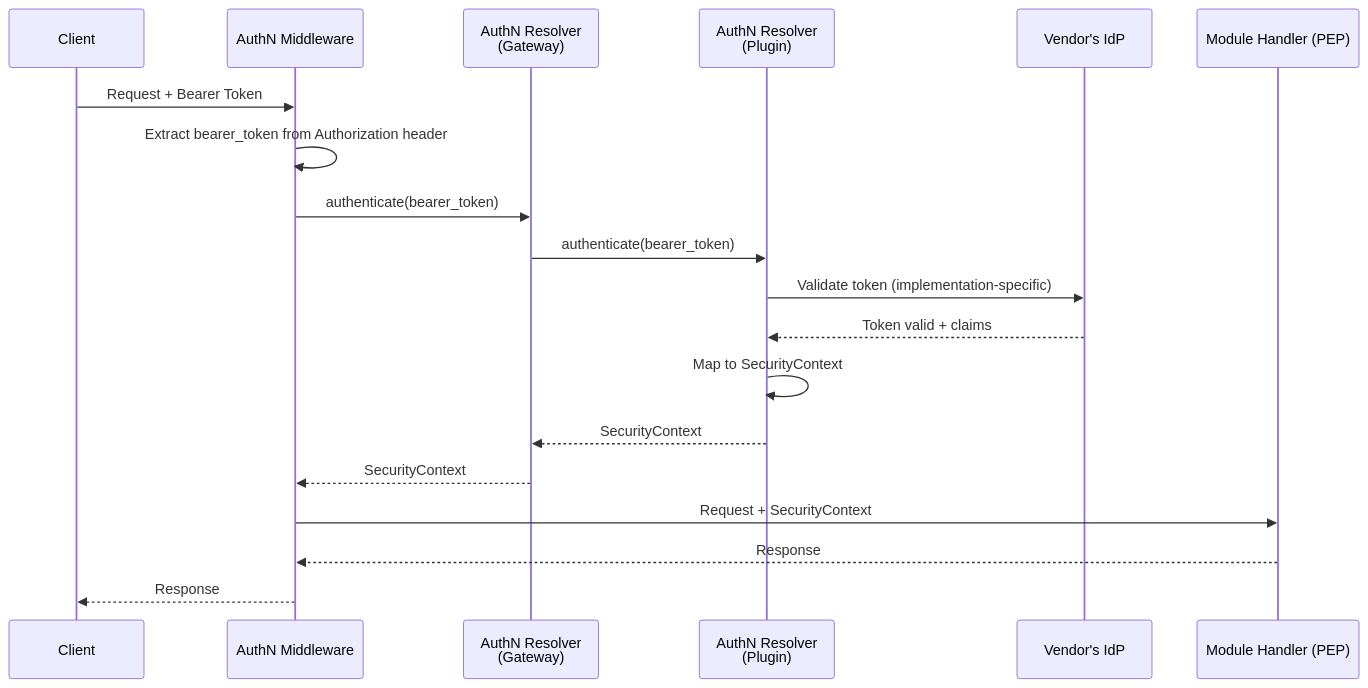
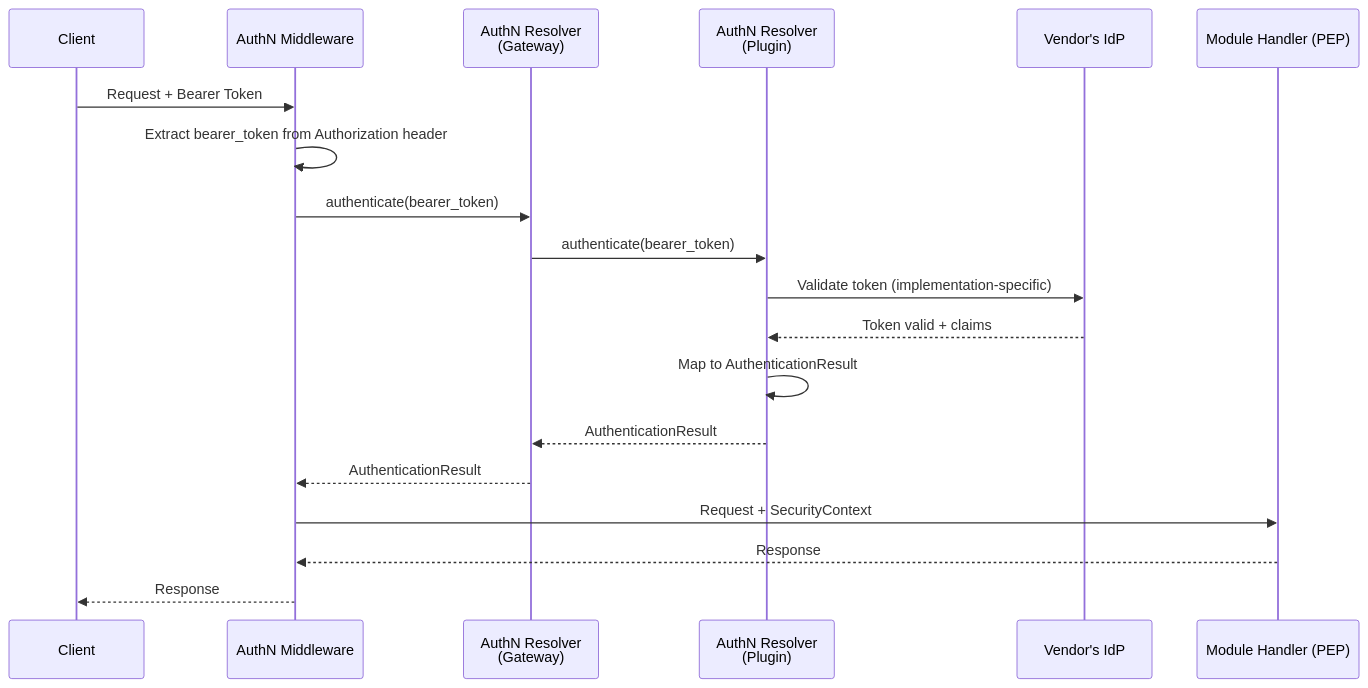
Before and after one commit to aviator5/hyperspot: the third of 4 diagrams in docs/authorization/AUTH.md, drawn with Mermaid. The commit also changed other lines of this file and 1 other file, not shown here.

````diff
--- a/docs/authorization/AUTH.md
+++ b/docs/authorization/AUTH.md
@@ -405,22 +446,22 @@
 ```mermaid
 sequenceDiagram
     participant Client
     participant Middleware as AuthN Middleware
     participant Gateway as AuthN Resolver<br/>(Gateway)
     participant Plugin as AuthN Resolver<br/>(Plugin)
     participant IdP as Vendor's IdP
     participant Handler as Module Handler (PEP)
 
     Client->>Middleware: Request + Bearer Token
     Middleware->>Middleware: Extract bearer_token from Authorization header
     Middleware->>Gateway: authenticate(bearer_token)
     Gateway->>Plugin: authenticate(bearer_token)
     Plugin->>IdP: Validate token (implementation-specific)
     IdP-->>Plugin: Token valid + claims
-    Plugin->>Plugin: Map to SecurityContext
-    Plugin-->>Gateway: SecurityContext
-    Gateway-->>Middleware: SecurityContext
+    Plugin->>Plugin: Map to AuthenticationResult
+    Plugin-->>Gateway: AuthenticationResult
+    Gateway-->>Middleware: AuthenticationResult
     Middleware->>Handler: Request + SecurityContext
     Handler-->>Middleware: Response
     Middleware-->>Client: Response
 ```
````
